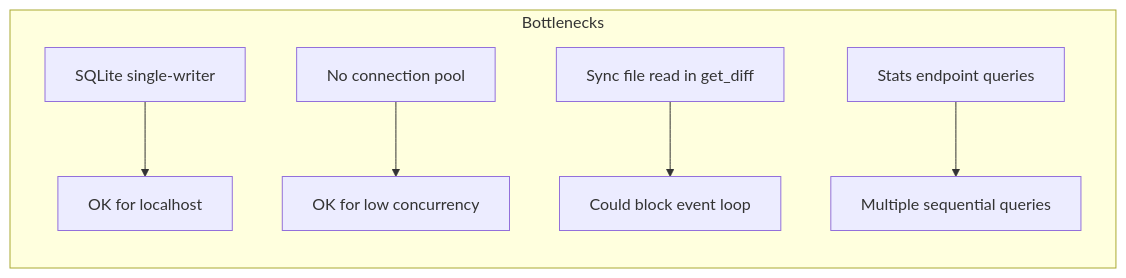
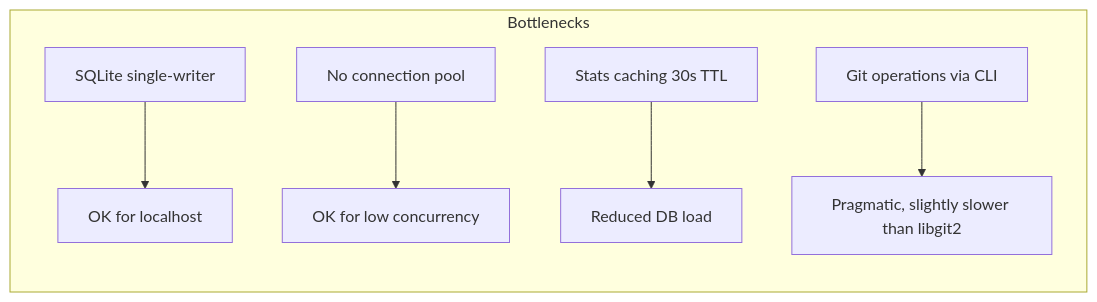
One commit to epatel/claude-agents-dashboard changed the fourth of 4 diagrams in ASSESSMENT_CODE.md. Above: the diagram before and after it, drawn with Mermaid. The commit also changed other lines of this file and 2 other files, not shown here.

````diff
--- a/ASSESSMENT_CODE.md
+++ b/ASSESSMENT_CODE.md
@@ -279,9 +278,9 @@
 ```mermaid
 graph LR
     subgraph Bottlenecks
         A[SQLite single-writer] --> B[OK for localhost]
         C[No connection pool] --> D[OK for low concurrency]
-        E[Sync file read in get_diff] --> F[Could block event loop]
-        G[Stats endpoint queries] --> H[Multiple sequential queries]
+        E[Stats caching 30s TTL] --> F[Reduced DB load]
+        G[Git operations via CLI] --> H[Pragmatic, slightly slower than libgit2]
     end
 ```
````
